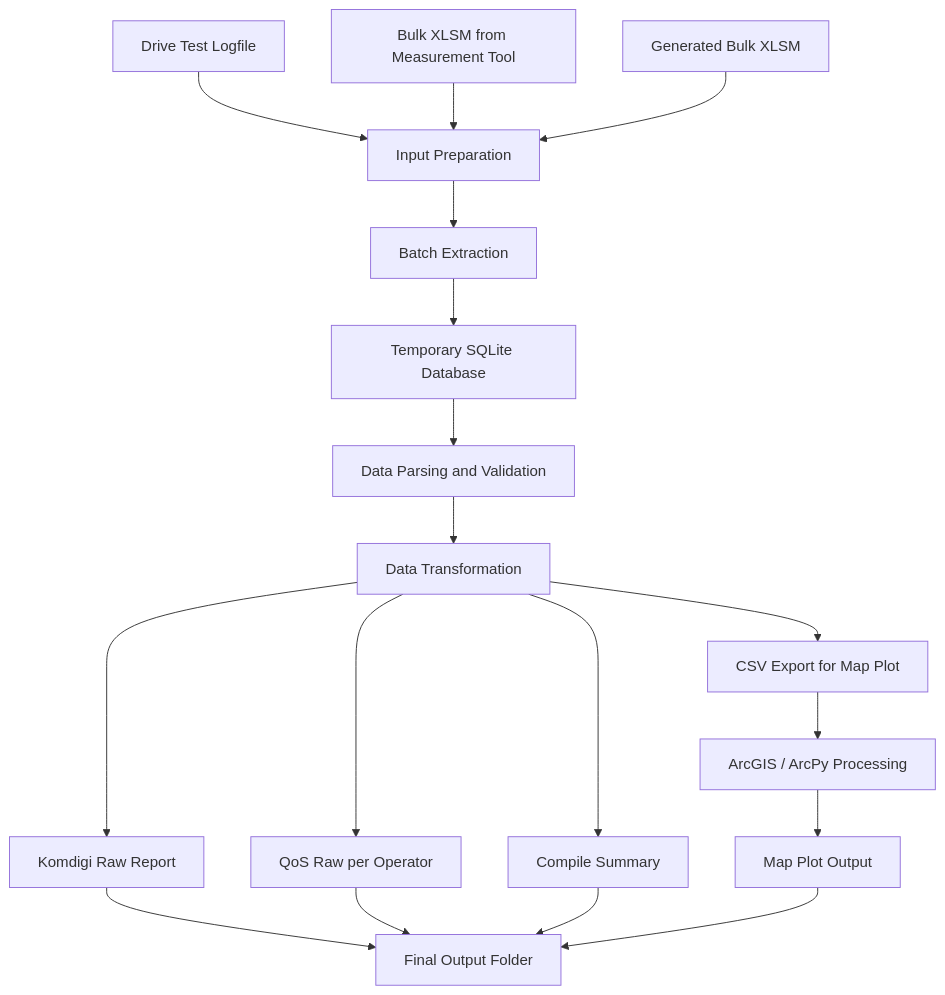
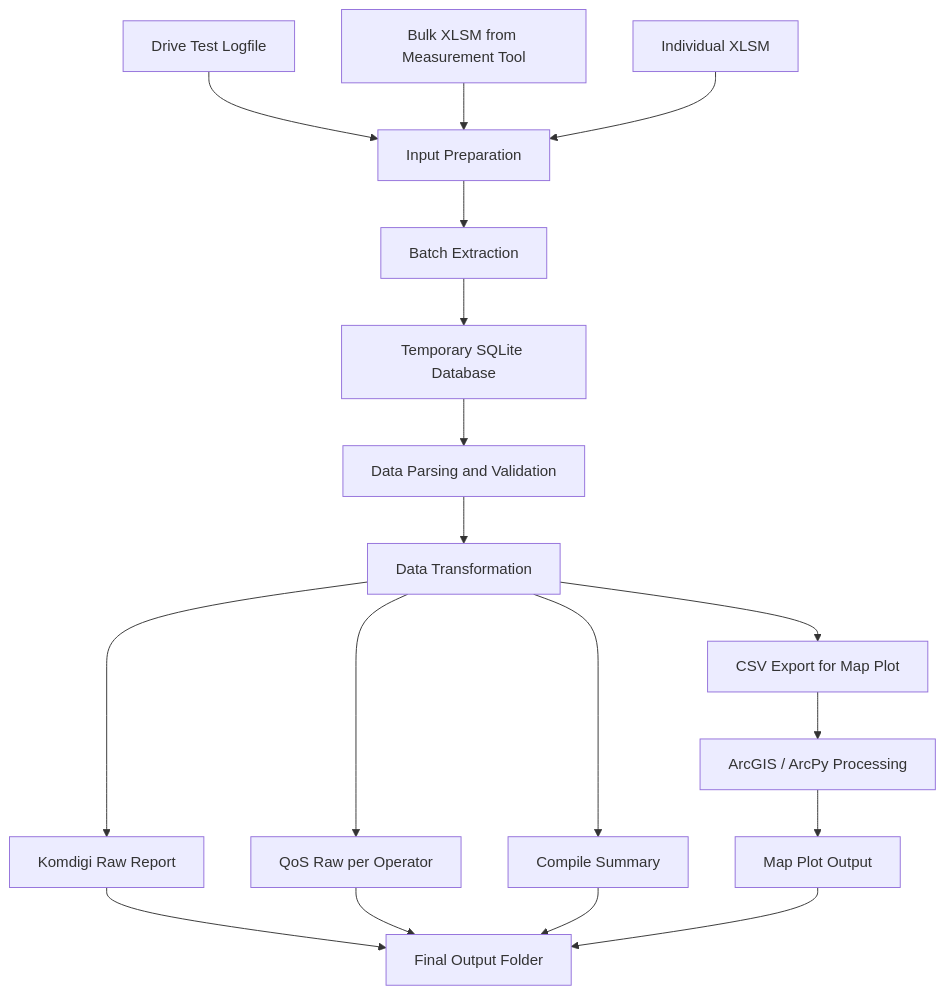
Before and after one commit to aditnikolas/N.Project: the diagram in README.md, drawn with Mermaid. The commit also changed other lines of this file and 1 other file, not shown here.

````diff
--- a/README.md
+++ b/README.md
@@ -70,24 +72,24 @@
 ```mermaid
 flowchart TD
     A[Drive Test Logfile] --> D[Input Preparation]
     B[Bulk XLSM from Measurement Tool] --> D
-    C[Generated Bulk XLSM] --> D
+    C[Individual XLSM] --> D
 
     D --> E[Batch Extraction]
     E --> F[Temporary SQLite Database]
     F --> G[Data Parsing and Validation]
     G --> H[Data Transformation]
 
     H --> I[Komdigi Raw Report]
     H --> J[QoS Raw per Operator]
     H --> K[Compile Summary]
     H --> L[CSV Export for Map Plot]
 
     L --> M[ArcGIS / ArcPy Processing]
     M --> N[Map Plot Output]
 
     I --> O[Final Output Folder]
     J --> O
     K --> O
     N --> O
 ```
````
